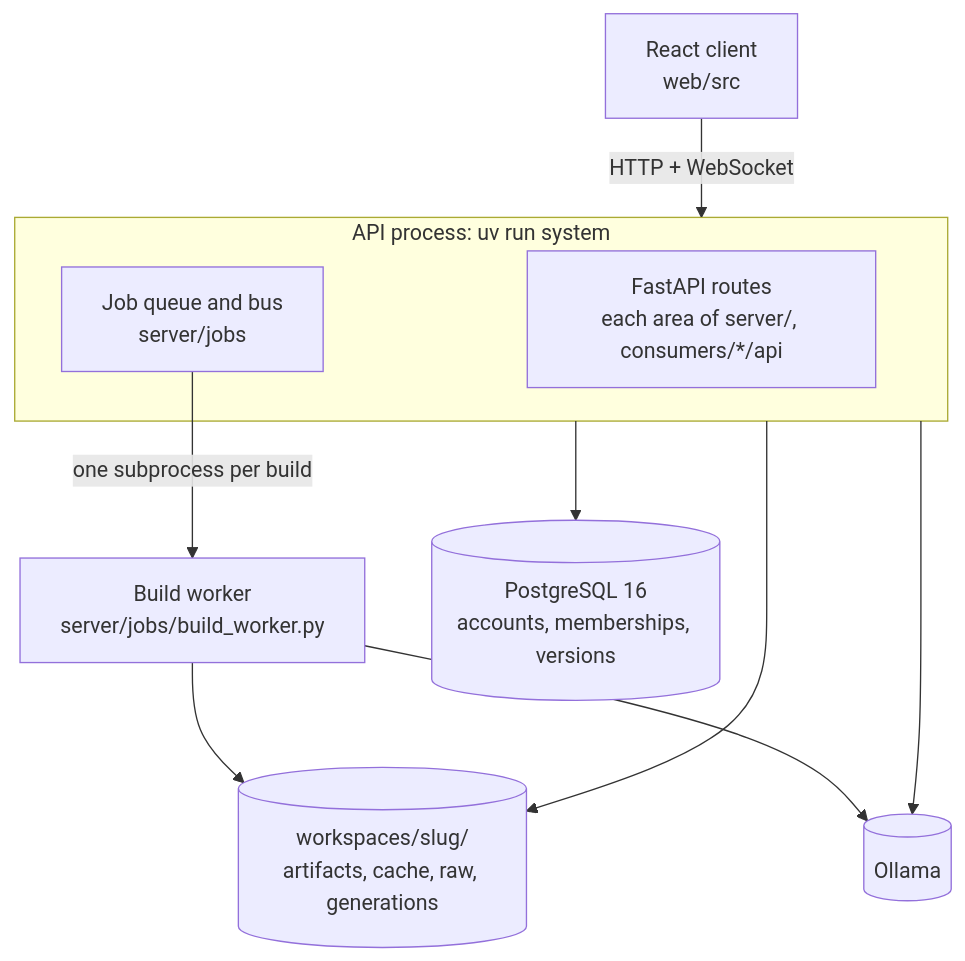
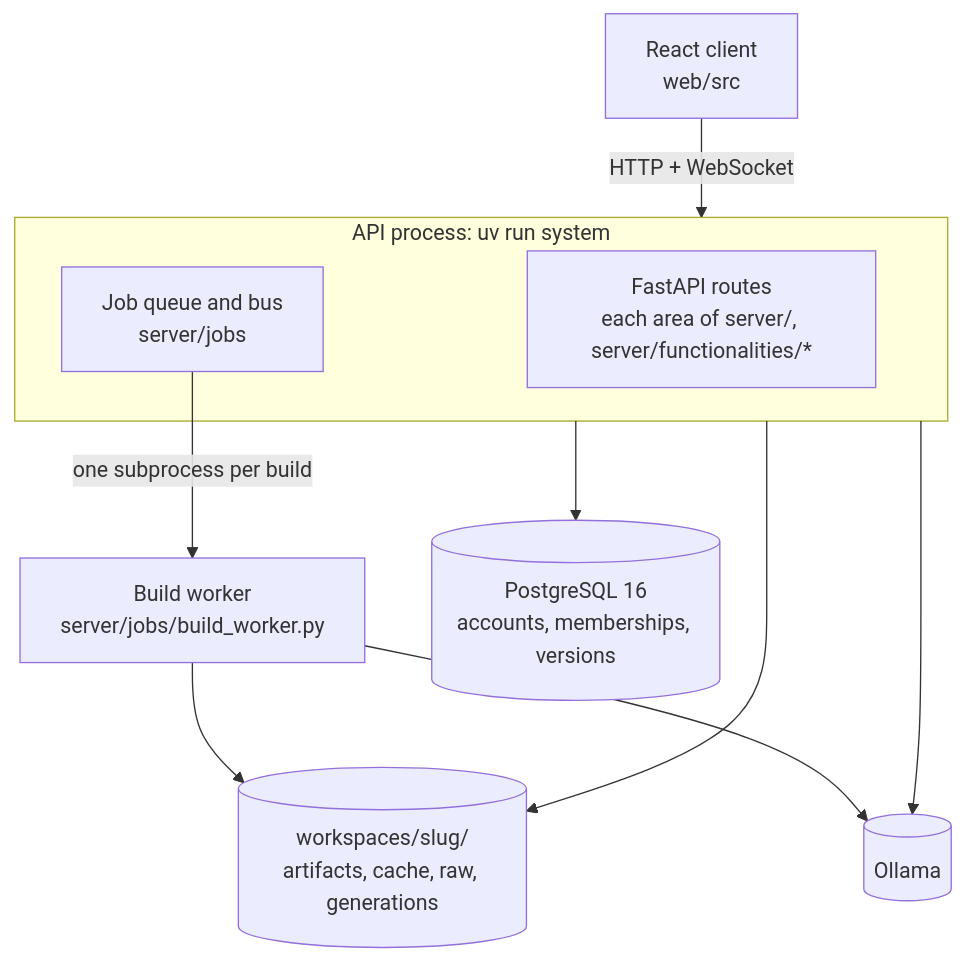
One commit to DarkS34/variatio changed the second of 2 diagrams in ARCHITECTURE.md. Above: the diagram before and after it, drawn with Mermaid. The commit also changed other lines of this file and 77 other files, not shown here.

````diff
--- a/ARCHITECTURE.md
+++ b/ARCHITECTURE.md
@@ -75,14 +77,14 @@
 ```mermaid
 flowchart TB
   browser[React client<br/>web/src] -->|HTTP + WebSocket| api
   subgraph api[API process: uv run system]
-    routes[FastAPI routes<br/>each area of server/, consumers/*/api]
+    routes[FastAPI routes<br/>each area of server/, server/functionalities/*]
     queue[Job queue and bus<br/>server/jobs]
   end
   queue -->|one subprocess per build| worker[Build worker<br/>server/jobs/build_worker.py]
   api --> pg[(PostgreSQL 16<br/>accounts, memberships, versions)]
   api --> files[(workspaces/slug/<br/>artifacts, cache, raw, generations)]
   worker --> files
   api --> ollama[(Ollama)]
   worker --> ollama
 ```
````
